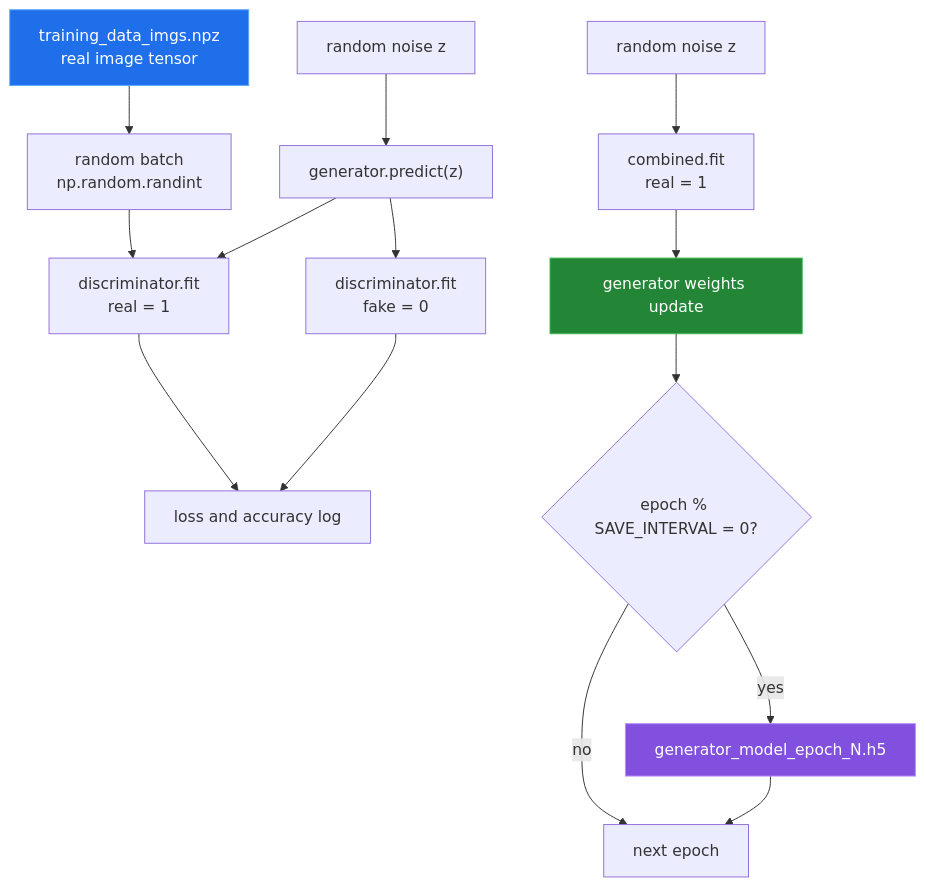
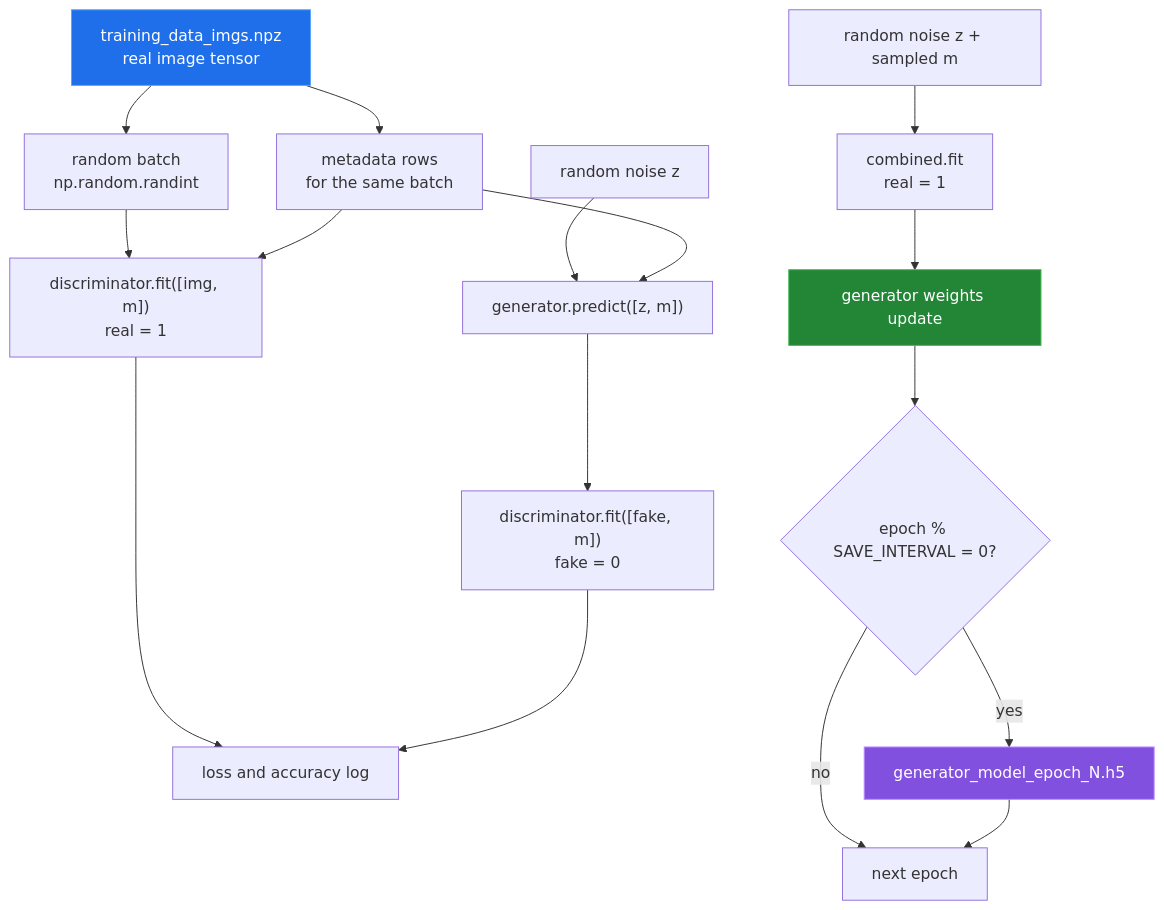
Before and after one commit to Bissbert/GemDiagramAI: the diagram in docs/training.md, drawn with Mermaid. The commit also changed other lines of this file and 8 other files, not shown here.

````diff
--- a/docs/training.md
+++ b/docs/training.md
@@ -9,20 +12,22 @@
 ```mermaid
 flowchart TD
     DATA["training_data_imgs.npz<br/>real image tensor"] --> BATCH["random batch<br/>np.random.randint"]
-    NOISE1["random noise z"] --> FAKE["generator.predict(z)"]
-    BATCH --> DREAL["discriminator.fit<br/>real = 1"]
-    FAKE --> DREAL
-    FAKE --> DFAULT["discriminator.fit<br/>fake = 0"]
-    NOISE2["random noise z"] --> COMBINED["combined.fit<br/>real = 1"]
+    DATA --> META["metadata rows<br/>for the same batch"]
+    NOISE1["random noise z"] --> FAKE["generator.predict([z, m])"]
+    META --> FAKE
+    BATCH --> DREAL["discriminator.fit([img, m])<br/>real = 1"]
+    META --> DREAL
+    FAKE --> DFAULT["discriminator.fit([fake, m])<br/>fake = 0"]
+    NOISE2["random noise z + sampled m"] --> COMBINED["combined.fit<br/>real = 1"]
     COMBINED --> G["generator weights update"]
     DREAL --> LOG["loss and accuracy log"]
     DFAULT --> LOG
     G --> SAVE{"epoch % SAVE_INTERVAL = 0?"}
     SAVE -- yes --> H5["generator_model_epoch_N.h5"]
     SAVE -- no --> NEXT["next epoch"]
     H5 --> NEXT
 
     style DATA fill:#1f6feb,stroke:#58a6ff,color:#fff
     style G fill:#238636,stroke:#3fb950,color:#fff
     style H5 fill:#8250df,stroke:#bc8cff,color:#fff
 ```
````
